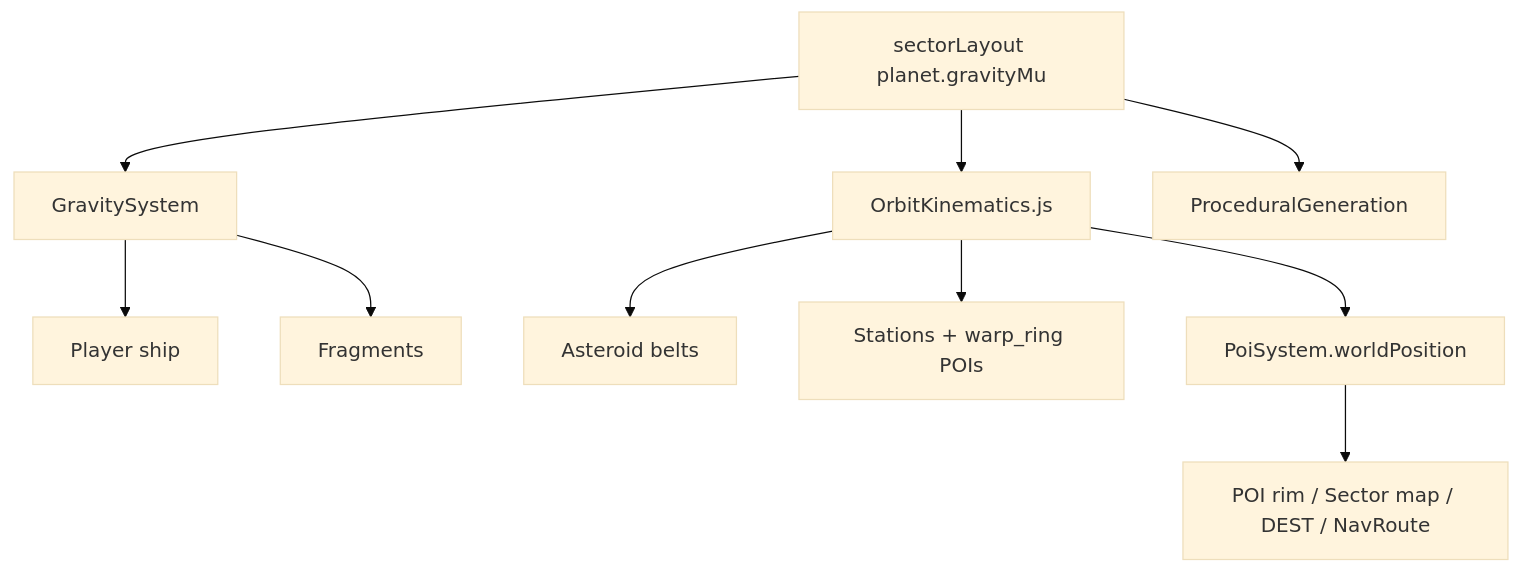
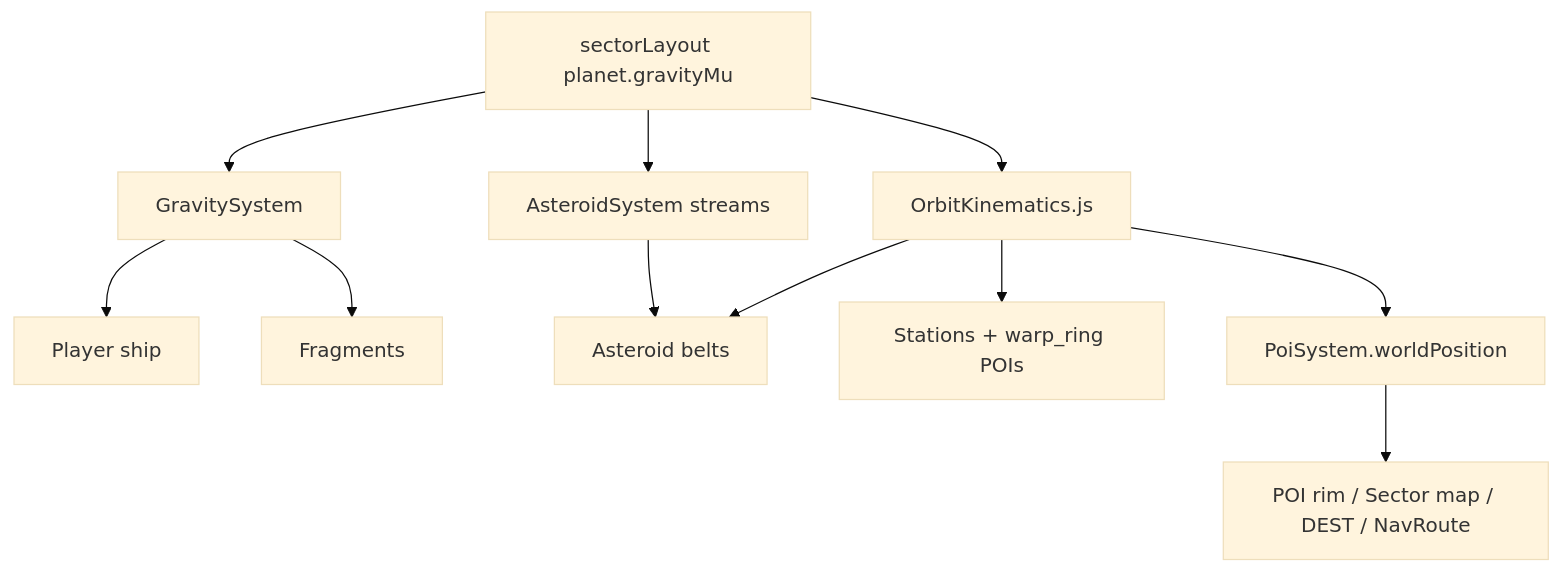
Before and after one commit to BeholdInfinity/Hyperdrift: the fifth of 7 diagrams in docs/WORLD_GEOGRAPHY_PLAN.md, drawn with Mermaid (base theme). The commit also changed other lines of this file and 16 other files, not shown here.

````diff
--- a/docs/WORLD_GEOGRAPHY_PLAN.md
+++ b/docs/WORLD_GEOGRAPHY_PLAN.md
@@ -513,13 +513,14 @@
 ```mermaid
 flowchart TB
   SL[sectorLayout planet.gravityMu]
   SL --> GS[GravitySystem]
   SL --> OK[OrbitKinematics.js]
-  SL --> PG[ProceduralGeneration]
+  SL --> ASTsys[AsteroidSystem streams]
   GS --> Player[Player ship]
   GS --> Frag[Fragments]
   OK --> Belt[Asteroid belts]
   OK --> ST[Stations + warp_ring POIs]
   OK --> POI[PoiSystem.worldPosition]
+  ASTsys --> Belt
   POI --> HUD[POI rim / Sector map / DEST / NavRoute]
 ```
````
